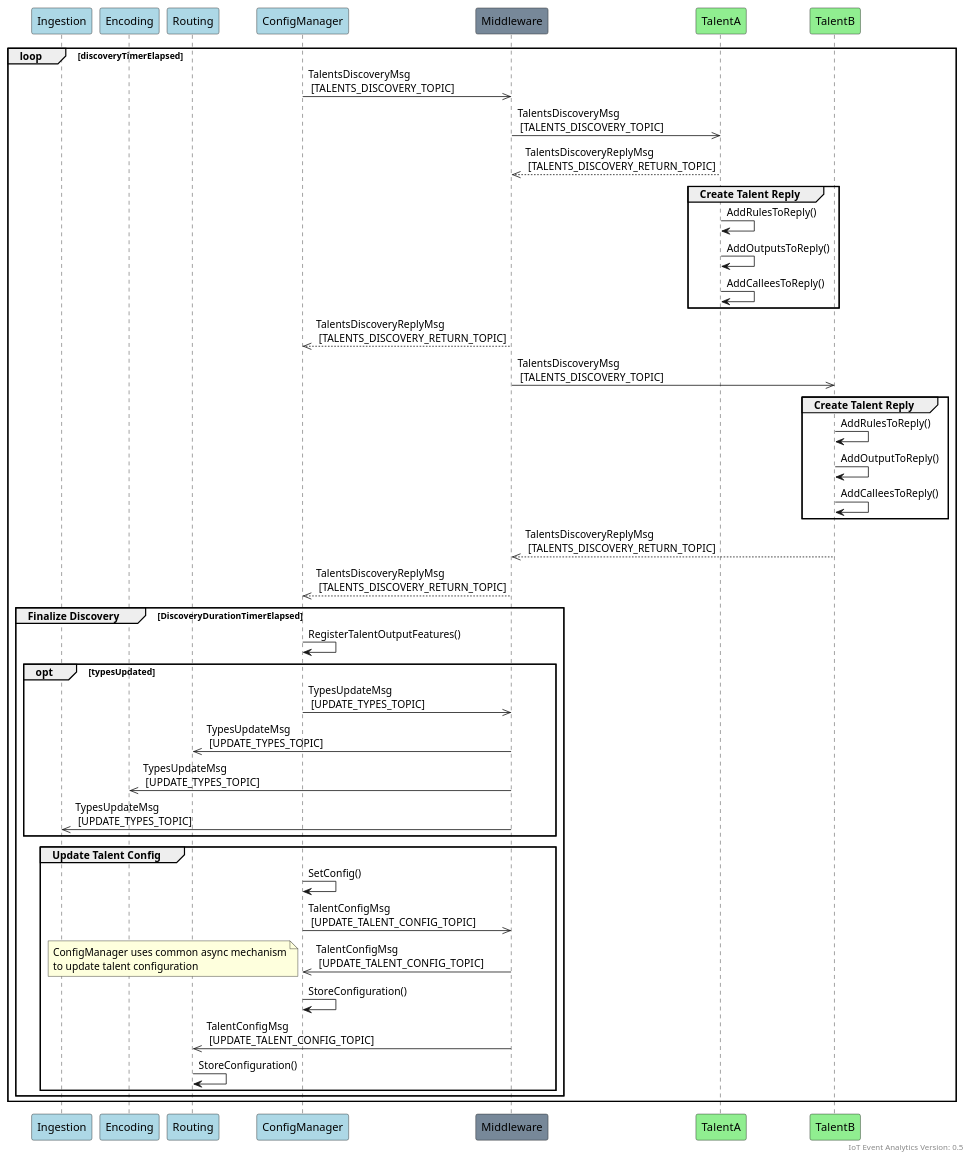
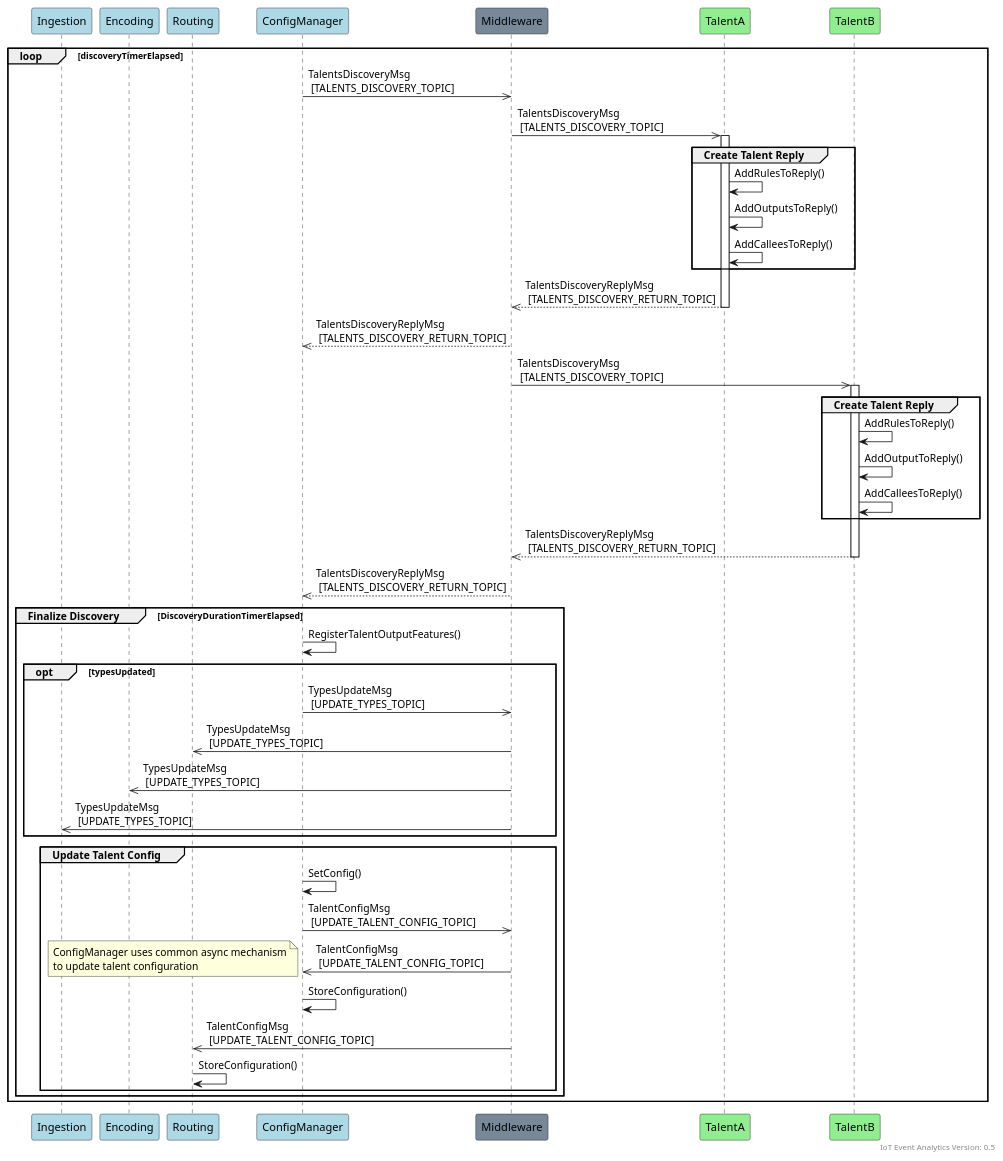
The diagram in docs/topics/assets/plantuml/communication_talent_discovery.puml (COVESA/iot-event-analytics), drawn with PlantUML before and after one commit. The commit also changed 8 other files, not shown here.

First line of the commit message:
Improve communication sequences

```diff
--- a/docs/topics/assets/plantuml/communication_talent_discovery.puml
+++ b/docs/topics/assets/plantuml/communication_talent_discovery.puml
@@ -1,74 +1,79 @@
 @startuml
 /'
   Copyright (c) 2021 Bosch.IO GmbH
 
   This Source Code Form is subject to the terms of the Mozilla Public
   License, v. 2.0. If a copy of the MPL was not distributed with this
   file, You can obtain one at https://mozilla.org/MPL/2.0/.
 
   SPDX-License-Identifier: MPL-2.0
 '/
 
     skinparam backgroundColor #FFFFF
 
     right footer "IoT Event Analytics Version: 0.5"
 
     participant Ingestion as Ingestion #LightBlue
     participant Encoding as Encoding #LightBlue
     participant Routing as Routing #LightBlue
     participant ConfigManager as ConfigManager #LightBlue
 
     participant Middleware as Middleware #LightSlateGray
 
     participant TalentA as TalentA #LightGreen
     participant TalentB as TalentB #LightGreen
 
     loop discoveryTimerElapsed
         ConfigManager ->> Middleware: TalentsDiscoveryMsg \n [TALENTS_DISCOVERY_TOPIC]
 
         Middleware ->> TalentA: TalentsDiscoveryMsg \n [TALENTS_DISCOVERY_TOPIC]
-        TalentA -->> Middleware: TalentsDiscoveryReplyMsg \n [TALENTS_DISCOVERY_RETURN_TOPIC]
+        activate TalentA
         group Create Talent Reply
             TalentA -> TalentA: AddRulesToReply()
             TalentA -> TalentA: AddOutputsToReply()
             TalentA -> TalentA: AddCalleesToReply()
         end
+        TalentA -->> Middleware: TalentsDiscoveryReplyMsg \n [TALENTS_DISCOVERY_RETURN_TOPIC]
+        deactivate TalentA
+
         Middleware -->> ConfigManager: TalentsDiscoveryReplyMsg \n [TALENTS_DISCOVERY_RETURN_TOPIC]
 
         Middleware ->> TalentB: TalentsDiscoveryMsg \n [TALENTS_DISCOVERY_TOPIC]
+        activate TalentB
         group Create Talent Reply
             TalentB -> TalentB: AddRulesToReply()
             TalentB -> TalentB: AddOutputToReply()
             TalentB -> TalentB: AddCalleesToReply()
         end
         TalentB -->> Middleware: TalentsDiscoveryReplyMsg \n [TALENTS_DISCOVERY_RETURN_TOPIC]
+        deactivate TalentB
         Middleware -->> ConfigManager: TalentsDiscoveryReplyMsg \n [TALENTS_DISCOVERY_RETURN_TOPIC]
 
         group Finalize Discovery [DiscoveryDurationTimerElapsed]
             ConfigManager -> ConfigManager: RegisterTalentOutputFeatures()
 
             opt typesUpdated
                 ConfigManager ->> Middleware: TypesUpdateMsg \n [UPDATE_TYPES_TOPIC]
                 Middleware ->> Routing: TypesUpdateMsg \n [UPDATE_TYPES_TOPIC]
                 Middleware ->> Encoding: TypesUpdateMsg \n [UPDATE_TYPES_TOPIC]
                 Middleware ->> Ingestion: TypesUpdateMsg \n [UPDATE_TYPES_TOPIC]
             end
 
             group Update Talent Config
                 ConfigManager -> ConfigManager: SetConfig()
                 ConfigManager ->> Middleware: TalentConfigMsg \n [UPDATE_TALENT_CONFIG_TOPIC]
 
                 Middleware ->> ConfigManager: TalentConfigMsg \n [UPDATE_TALENT_CONFIG_TOPIC]
                 note left
                     ConfigManager uses common async mechanism
                     to update talent configuration
                 end note
                 ConfigManager -> ConfigManager: StoreConfiguration()
 
                 Middleware ->> Routing: TalentConfigMsg \n [UPDATE_TALENT_CONFIG_TOPIC]
                 Routing -> Routing: StoreConfiguration()
             end
         end
     end
 
 @enduml
```
